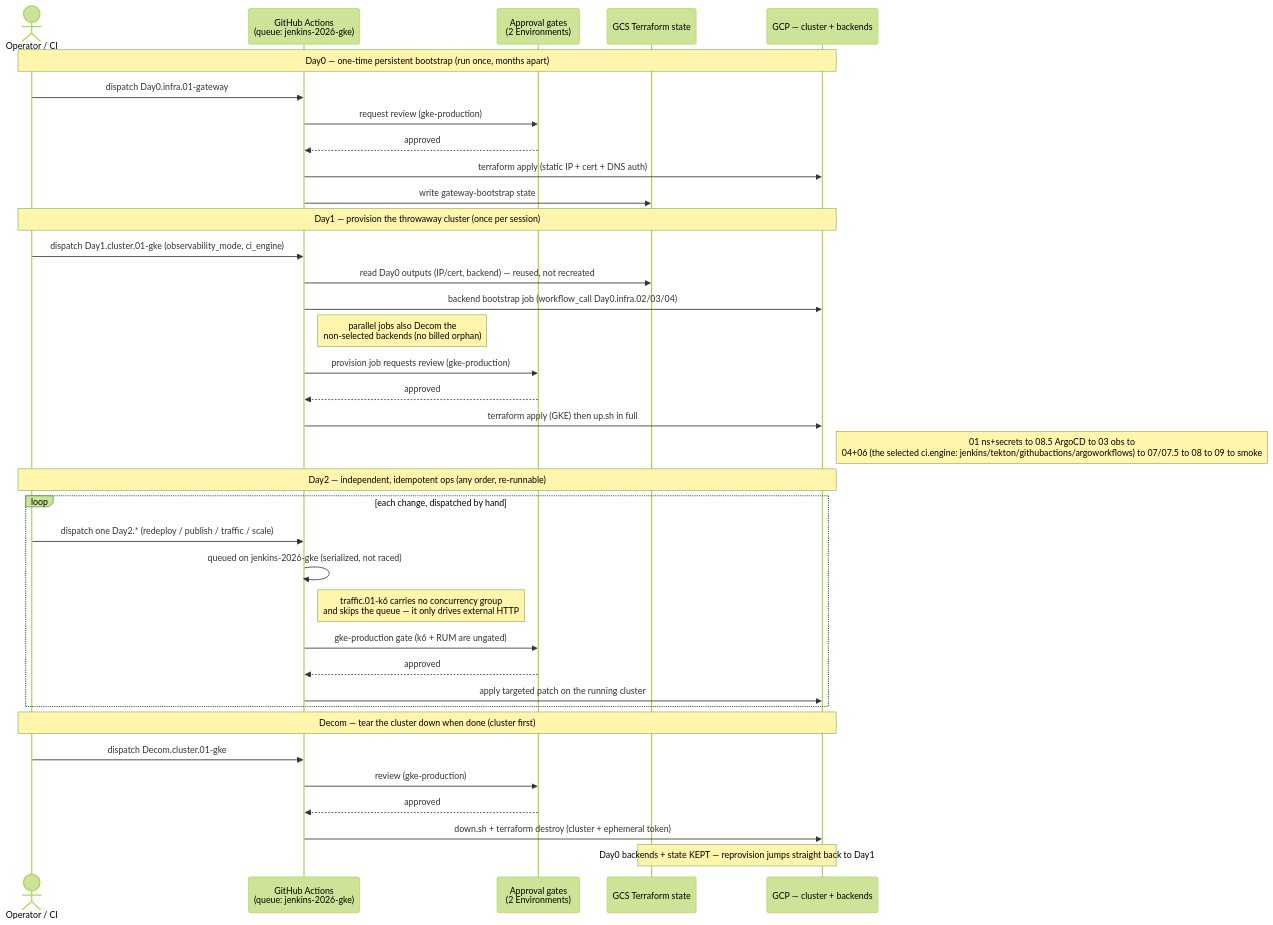
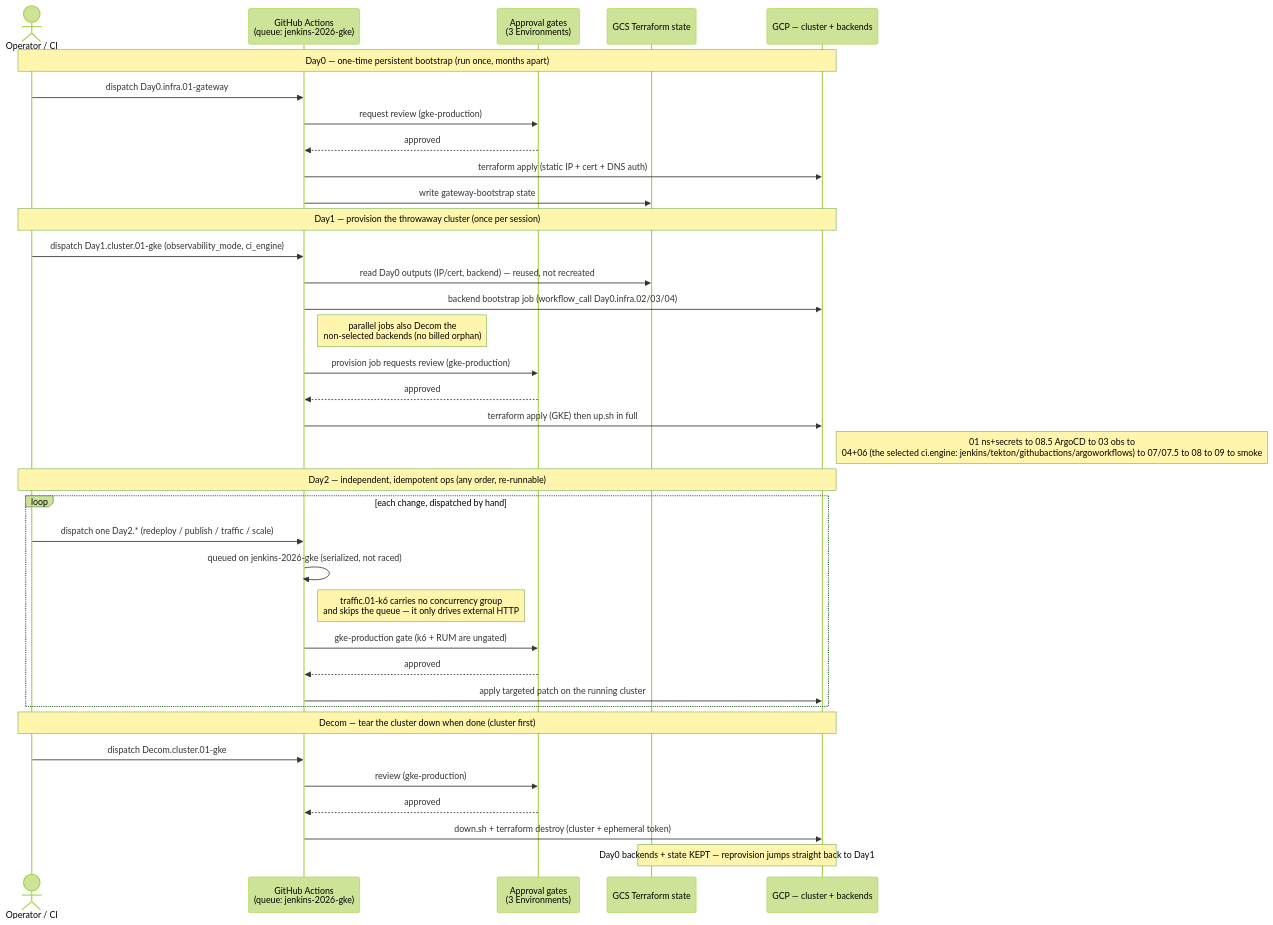
One commit to nubenetes/jenkins-2026 changed the eighth of 10 diagrams in docs/101-GITHUB_ACTIONS_WORKFLOWS.md. Above: the diagram before and after it, drawn with Mermaid (forest theme). The commit also changed other lines of this file and 11 other files, not shown here.

````diff
--- a/docs/101-GITHUB_ACTIONS_WORKFLOWS.md
+++ b/docs/101-GITHUB_ACTIONS_WORKFLOWS.md
@@ -590,42 +591,42 @@
 ```mermaid
 sequenceDiagram
     actor Op as Operator / CI
     participant GH as GitHub Actions<br/>(queue: jenkins-2026-gke)
-    participant Env as Approval gates<br/>(2 Environments)
+    participant Env as Approval gates<br/>(3 Environments)
     participant GCS as GCS Terraform state
     participant GCP as GCP — cluster + backends
 
     Note over Op,GCP: Day0 — one-time persistent bootstrap (run once, months apart)
     Op->>GH: dispatch Day0.infra.01-gateway
     GH->>Env: request review (gke-production)
     Env-->>GH: approved
     GH->>GCP: terraform apply (static IP + cert + DNS auth)
     GH->>GCS: write gateway-bootstrap state
 
     Note over Op,GCP: Day1 — provision the throwaway cluster (once per session)
     Op->>GH: dispatch Day1.cluster.01-gke (observability_mode, ci_engine)
     GH->>GCS: read Day0 outputs (IP/cert, backend) — reused, not recreated
     GH->>GCP: backend bootstrap job (workflow_call Day0.infra.02/03/04)
     Note right of GH: parallel jobs also Decom the<br/>non-selected backends (no billed orphan)
     GH->>Env: provision job requests review (gke-production)
     Env-->>GH: approved
     GH->>GCP: terraform apply (GKE) then up.sh in full
     Note right of GCP: 01 ns+secrets to 08.5 ArgoCD to 03 obs to<br/>04+06 (the selected ci.engine: jenkins/tekton/githubactions/argoworkflows) to 07/07.5 to 08 to 09 to smoke
 
     Note over Op,GCP: Day2 — independent, idempotent ops (any order, re-runnable)
     loop each change, dispatched by hand
         Op->>GH: dispatch one Day2.* (redeploy / publish / traffic / scale)
         GH->>GH: queued on jenkins-2026-gke (serialized, not raced)
         Note right of GH: traffic.01-k6 carries no concurrency group<br/>and skips the queue — it only drives external HTTP
         GH->>Env: gke-production gate (k6 + RUM are ungated)
         Env-->>GH: approved
         GH->>GCP: apply targeted patch on the running cluster
     end
 
     Note over Op,GCP: Decom — tear the cluster down when done (cluster first)
     Op->>GH: dispatch Decom.cluster.01-gke
     GH->>Env: review (gke-production)
     Env-->>GH: approved
     GH->>GCP: down.sh + terraform destroy (cluster + ephemeral token)
     Note over GCS,GCP: Day0 backends + state KEPT — reprovision jumps straight back to Day1
 ```
````
